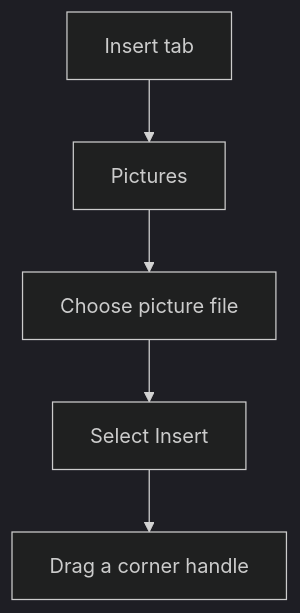
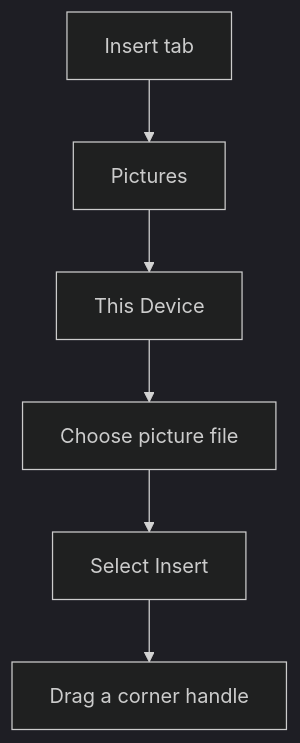
The diagram in aict-guide/docs/module-04-ms-word/pictures-and-shapes.mdx (EngineerAbdullahIqbal/AICT-Book), drawn with Mermaid (dark theme) before and after one commit. The commit also changed other lines of this file and 52 other files, not shown here.

````diff
--- a/aict-guide/docs/module-04-ms-word/pictures-and-shapes.mdx
+++ b/aict-guide/docs/module-04-ms-word/pictures-and-shapes.mdx
@@ -18,9 +18,10 @@
 ```mermaid
 flowchart TD
     accTitle: Inserting and resizing a picture
-    accDescr: Select the Insert tab, then Pictures. Choose your picture file and select Insert. Then drag a corner handle to change its size.
+    accDescr: Select the Insert tab, then Pictures, then This Device. Choose your picture file and select Insert. Then drag a corner handle to change its size.
     A[Insert tab] --> B[Pictures]
-    B --> C[Choose picture file]
+    B --> T[This Device]
+    T --> C[Choose picture file]
     C --> D[Select Insert]
     D --> E[Drag a corner handle]
 ```
````
